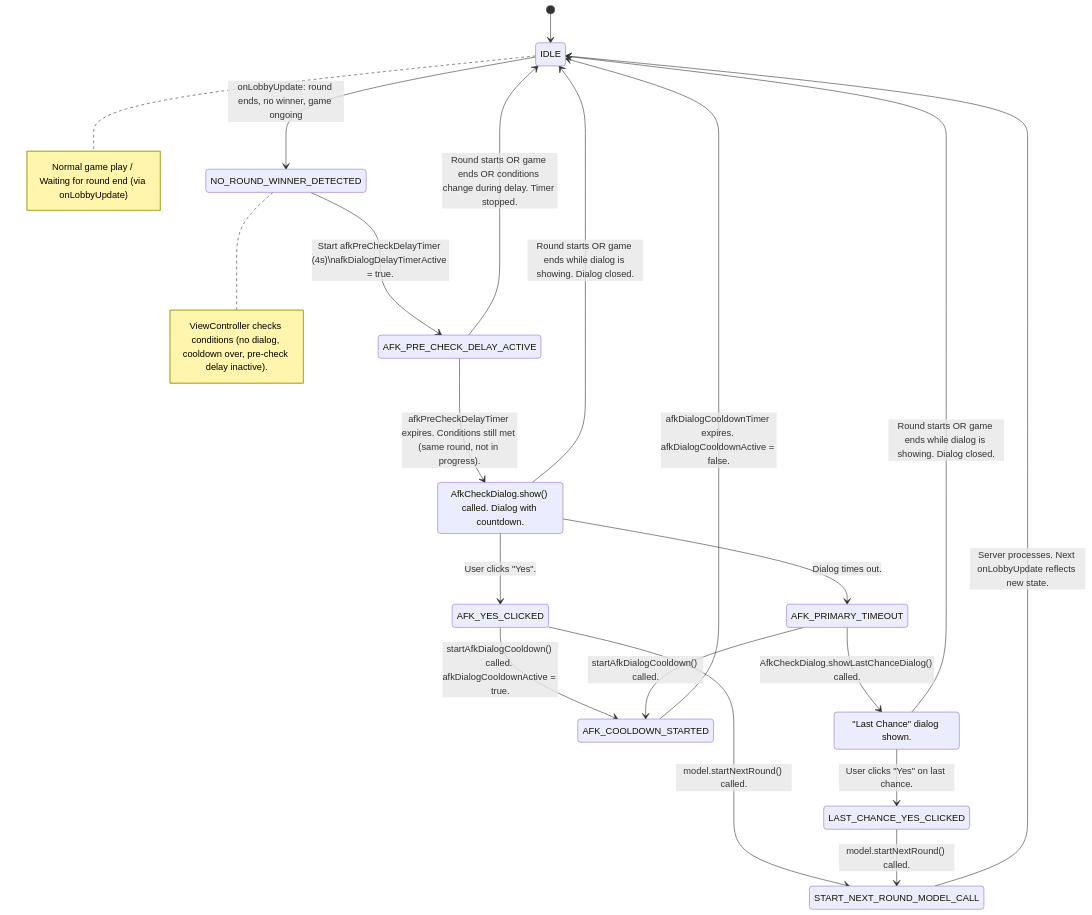
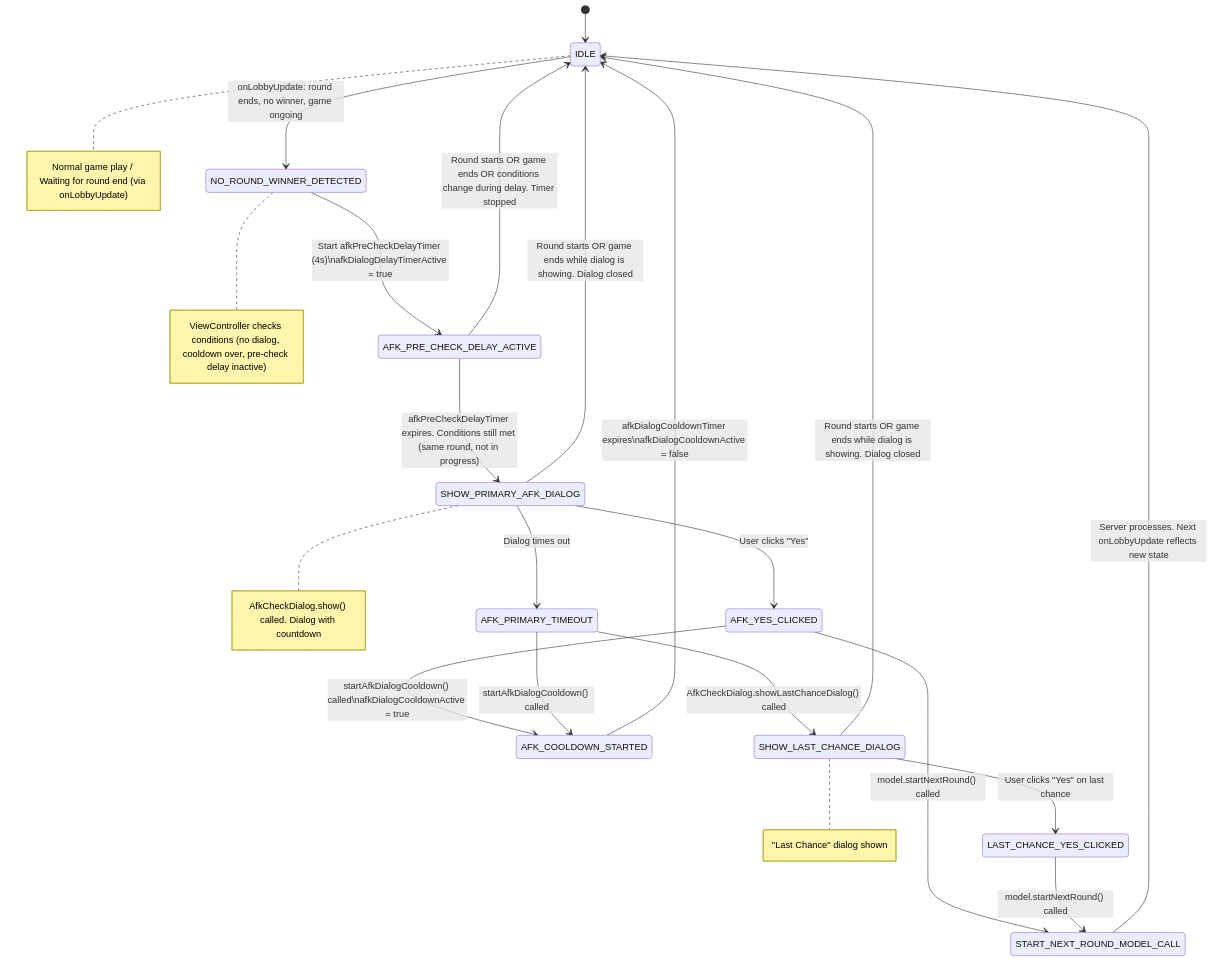
One commit to YuriHa-op/Hangman changed the third of 5 diagrams in MULTIPLAYER_OVERVIEW.md. Above: the diagram before and after it, drawn with Mermaid.

````diff
--- a/MULTIPLAYER_OVERVIEW.md
+++ b/MULTIPLAYER_OVERVIEW.md
@@ -342,33 +342,34 @@
 ```mermaid
 stateDiagram-v2
     [*] --> IDLE
     note right of IDLE: Normal game play / Waiting for round end (via onLobbyUpdate)
 
     IDLE --> NO_ROUND_WINNER_DETECTED: onLobbyUpdate: round ends, no winner, game ongoing
-    note right of NO_ROUND_WINNER_DETECTED: ViewController checks conditions (no dialog, cooldown over, pre-check delay inactive).
+    note right of NO_ROUND_WINNER_DETECTED: ViewController checks conditions (no dialog, cooldown over, pre-check delay inactive)
 
-    NO_ROUND_WINNER_DETECTED --> AFK_PRE_CHECK_DELAY_ACTIVE : Start afkPreCheckDelayTimer (4s)\nafkDialogDelayTimerActive = true.
+    NO_ROUND_WINNER_DETECTED --> AFK_PRE_CHECK_DELAY_ACTIVE : Start afkPreCheckDelayTimer (4s)\nafkDialogDelayTimerActive = true
 
-    AFK_PRE_CHECK_DELAY_ACTIVE --> SHOW_PRIMARY_AFK_DIALOG: afkPreCheckDelayTimer expires. Conditions still met (same round, not in progress).
-    AFK_PRE_CHECK_DELAY_ACTIVE --> IDLE: Round starts OR game ends OR conditions change during delay. Timer stopped.
+    AFK_PRE_CHECK_DELAY_ACTIVE --> SHOW_PRIMARY_AFK_DIALOG: afkPreCheckDelayTimer expires. Conditions still met (same round, not in progress)
+    AFK_PRE_CHECK_DELAY_ACTIVE --> IDLE: Round starts OR game ends OR conditions change during delay. Timer stopped
 
-    SHOW_PRIMARY_AFK_DIALOG: AfkCheckDialog.show() called. Dialog with countdown.
-    SHOW_PRIMARY_AFK_DIALOG --> AFK_YES_CLICKED: User clicks "Yes".
-    SHOW_PRIMARY_AFK_DIALOG --> AFK_PRIMARY_TIMEOUT: Dialog times out.
-    SHOW_PRIMARY_AFK_DIALOG --> IDLE: Round starts OR game ends while dialog is showing. Dialog closed.
+    SHOW_PRIMARY_AFK_DIALOG --> AFK_YES_CLICKED: User clicks "Yes"
+    SHOW_PRIMARY_AFK_DIALOG --> AFK_PRIMARY_TIMEOUT: Dialog times out
+    SHOW_PRIMARY_AFK_DIALOG --> IDLE: Round starts OR game ends while dialog is showing. Dialog closed
+    note right of SHOW_PRIMARY_AFK_DIALOG: AfkCheckDialog.show() called. Dialog with countdown
 
-    AFK_YES_CLICKED --> START_NEXT_ROUND_MODEL_CALL: model.startNextRound() called.
-    AFK_YES_CLICKED --> AFK_COOLDOWN_STARTED: startAfkDialogCooldown() called. afkDialogCooldownActive = true.
+    AFK_YES_CLICKED --> START_NEXT_ROUND_MODEL_CALL: model.startNextRound() called
+    AFK_YES_CLICKED --> AFK_COOLDOWN_STARTED: startAfkDialogCooldown() called\nafkDialogCooldownActive = true
 
-    AFK_PRIMARY_TIMEOUT --> SHOW_LAST_CHANCE_DIALOG: AfkCheckDialog.showLastChanceDialog() called.
-    AFK_PRIMARY_TIMEOUT --> AFK_COOLDOWN_STARTED: startAfkDialogCooldown() called.
+    AFK_PRIMARY_TIMEOUT --> SHOW_LAST_CHANCE_DIALOG: AfkCheckDialog.showLastChanceDialog() called
+    AFK_PRIMARY_TIMEOUT --> AFK_COOLDOWN_STARTED: startAfkDialogCooldown() called
 
-    SHOW_LAST_CHANCE_DIALOG: "Last Chance" dialog shown.
-    SHOW_LAST_CHANCE_DIALOG --> LAST_CHANCE_YES_CLICKED: User clicks "Yes" on last chance.
-    SHOW_LAST_CHANCE_DIALOG --> IDLE: Round starts OR game ends while dialog is showing. Dialog closed.
+    SHOW_LAST_CHANCE_DIALOG --> LAST_CHANCE_YES_CLICKED: User clicks "Yes" on last chance
+    SHOW_LAST_CHANCE_DIALOG --> IDLE: Round starts OR game ends while dialog is showing. Dialog closed
+    note right of SHOW_LAST_CHANCE_DIALOG: "Last Chance" dialog shown
 
-    LAST_CHANCE_YES_CLICKED --> START_NEXT_ROUND_MODEL_CALL: model.startNextRound() called.
+    LAST_CHANCE_YES_CLICKED --> START_NEXT_ROUND_MODEL_CALL: model.startNextRound() called
 
-    START_NEXT_ROUND_MODEL_CALL --> IDLE: Server processes. Next onLobbyUpdate reflects new state.
-    AFK_COOLDOWN_STARTED --> IDLE: afkDialogCooldownTimer expires. afkDialogCooldownActive = false.
+    START_NEXT_ROUND_MODEL_CALL --> IDLE: Server processes. Next onLobbyUpdate reflects new state
+    AFK_COOLDOWN_STARTED --> IDLE: afkDialogCooldownTimer expires\nafkDialogCooldownActive = false
+
 ```
````
